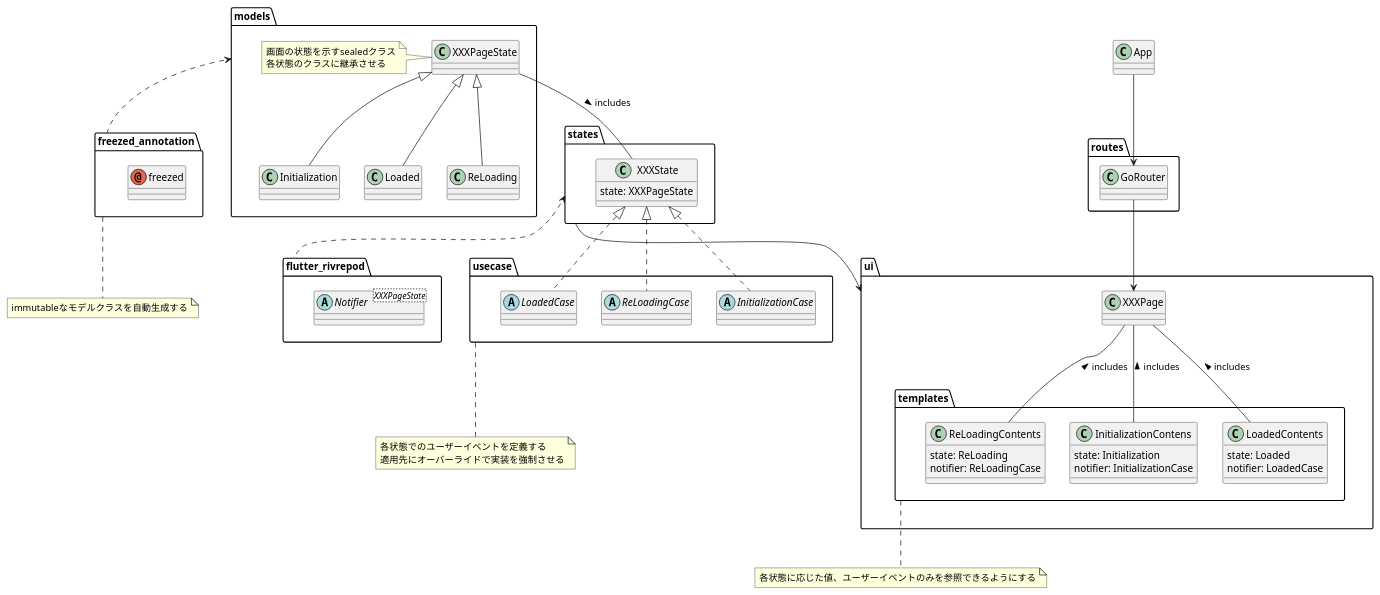
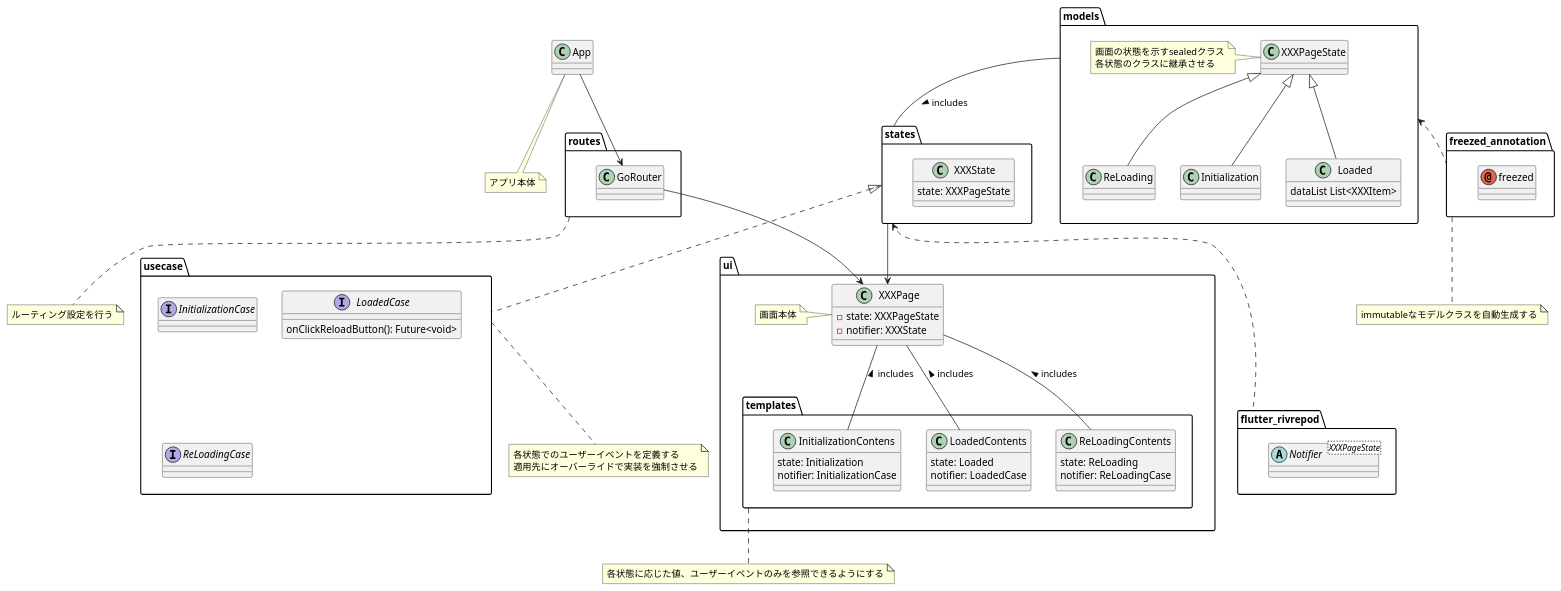
One commit to njm-khaki/Simple-Pokedex changed the diagram in documents/uml/class.pu. Above: the diagram before and after it, drawn with PlantUML. The commit also changed 13 other files, not shown here.

```diff
--- a/documents/uml/class.pu
+++ b/documents/uml/class.pu
@@ -1,132 +1,149 @@
 @startuml
 
 class App {}
 
-package routes {
+folder "routes" as Routes {
     class GoRouter {}
 }
 
 package ui {
-    class XXXPage {}
+    class XXXPage {
+        - state: XXXPageState
+        - notifier: XXXState
+    }
+    note left 
+        画面本体
+    end note
 
     folder "templates" as Templates {
         class InitializationContens {
             state: Initialization
             notifier: InitializationCase
         }
         ' class InitializationErrorContens {
         '     state: InitializationError
         '     notifier: InitializationErrorCase
         ' }
         class LoadedContents {
             state: Loaded
             notifier: LoadedCase
         }
         class ReLoadingContents {
             state: ReLoading
             notifier: ReLoadingCase
         }
         ' class ReLoadErrorContents {
         '     state: ReLoadError
         '     notifier: ReLoadErrorCase
         ' }
     }
 }
 
 package states {
     class XXXState {
         state: XXXPageState
     }
 }
 
 package flutter_rivrepod {
     abstract class Notifier<XXXPageState> {}
 }
 
-package models {
+folder "models" as Models {
     class XXXPageState {}
     note left
     画面の状態を示すsealedクラス
     各状態のクラスに継承させる
     end note
 
     class Initialization {}
 
     ' class InitializationError {}
 
-    class Loaded {}
+    class Loaded {
+        dataList List<XXXItem>
+    }
 
     class ReLoading {}
 
     ' class ReLoadError {}
 }
 
 folder "usecase" as Usecase {
-    abstract class InitializationCase {}
+    interface InitializationCase {}
 
     ' abstract class InitializationErrorCase {}
 
-    abstract class LoadedCase {}
+    interface LoadedCase {
+        onClickReloadButton(): Future<void>
+    }
 
-    abstract class ReLoadingCase {}
+    interface ReLoadingCase {}
 
     ' abstract class ReLoadErrorCase {}
 }
 
 folder "freezed_annotation" as FreezedAnnotation {
     annotation freezed
 }
 
 App --> GoRouter
 GoRouter --> XXXPage
-' XXXPage --> XXXState
-states --> ui
+states --> XXXPage
 
 XXXPageState <|-- Initialization
 ' XXXPageState <|-- InitializationError
 XXXPageState <|-- Loaded
 XXXPageState <|-- ReLoading
 ' XXXPageState <|-- ReLoadError
 
 ' XXXState <|-- Notifier
-XXXPageState -- XXXState : includes >
+Models -- states : includes >
 
-XXXState <|.. InitializationCase
+states <|.. Usecase
+' XXXState <|.. InitializationCase
 ' XXXState <|.. InitializationErrorCase
-XXXState <|.. LoadedCase
-XXXState <|.. ReLoadingCase
+' XXXState <|.. LoadedCase
+' XXXState <|.. ReLoadingCase
 ' XXXState <|.. ReLoadErrorCase
 
 XXXPage -- InitializationContens : includes <
 ' XXXPage - InitializationErrorContens : includes <
 XXXPage -- LoadedContents : includes <
 XXXPage -- ReLoadingContents : includes <
 ' XXXPage - ReLoadErrorContents : includes <
 
 ' InitializationContens -- Initialization : includes >
 ' InitializationContens -- InitializationCase : includes >
 
 ' InitializationErrorContens -- InitializationError : includes >
 ' InitializationErrorContens -- InitializationErrorCase : includes >
 
 ' LoadedContents -- Loaded : includes >
 ' LoadedContents -- LoadedCase : includes >
 
 ' ReLoadingContents -- Reloading : includes >
 ' ReLoadingContents -- ReLoadingCase : includes >
 
 ' ReLoadErrorContents -- ReLoadError : includes >
 ' ReLoadErrorContents -- ReLoadErrorCase : includes >
 
-models <.. FreezedAnnotation
-states <.. flutter_rivrepod
+Models <.. FreezedAnnotation
+states <... flutter_rivrepod
 
 note "immutableなモデルクラスを自動生成する" as FreezedAnnotationComments
 FreezedAnnotation .. FreezedAnnotationComments
 
 note "各状態に応じた値、ユーザーイベントのみを参照できるようにする" as TemplatesComments
 Templates .. TemplatesComments
 
 note "各状態でのユーザーイベントを定義する\n適用先にオーバーライドで実装を強制させる" as UsecaseComments
 Usecase .. UsecaseComments
+
+note "ルーティング設定を行う" as RoutesComments
+Routes .. RoutesComments
+
+note "アプリ本体" as AppComments
+App .. AppComments
+
 @enduml
```
